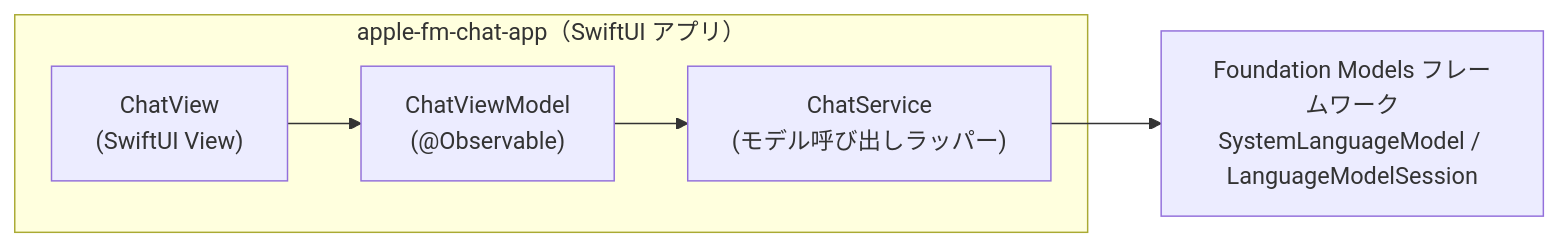
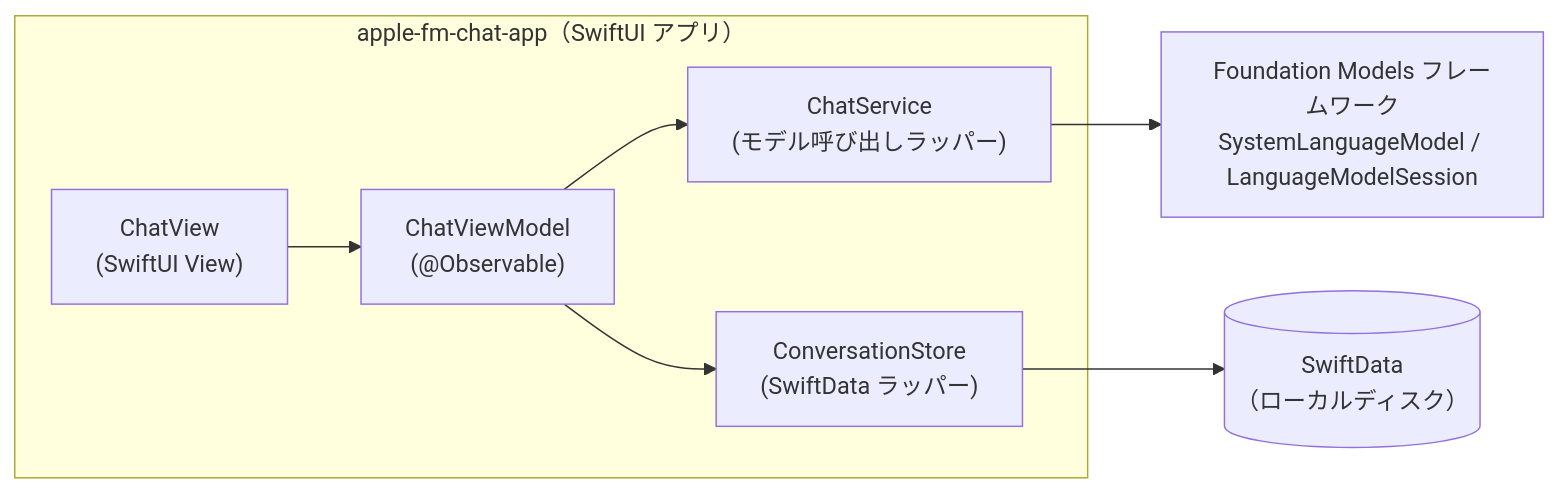
One commit to neko3cs/apple-fm-chat-app changed the first of 2 diagrams in docs/architecture.md. Above: the diagram before and after it, drawn with Mermaid. The commit also changed other lines of this file and 3 other files, not shown here.

First line of the commit message:
Add SwiftData persistence to the design docs

````diff
--- a/docs/architecture.md
+++ b/docs/architecture.md
@@ -5,13 +5,17 @@
 ```mermaid
 graph LR
     subgraph App["apple-fm-chat-app（SwiftUI アプリ）"]
         View["ChatView<br/>(SwiftUI View)"]
         ViewModel["ChatViewModel<br/>(@Observable)"]
         Service["ChatService<br/>(モデル呼び出しラッパー)"]
+        Store["ConversationStore<br/>(SwiftData ラッパー)"]
     end
     Framework["Foundation Models フレームワーク<br/>SystemLanguageModel / LanguageModelSession"]
+    DB[("SwiftData<br/>（ローカルディスク）")]
 
     View --> ViewModel
     ViewModel --> Service
+    ViewModel --> Store
     Service --> Framework
+    Store --> DB
 ```
````
